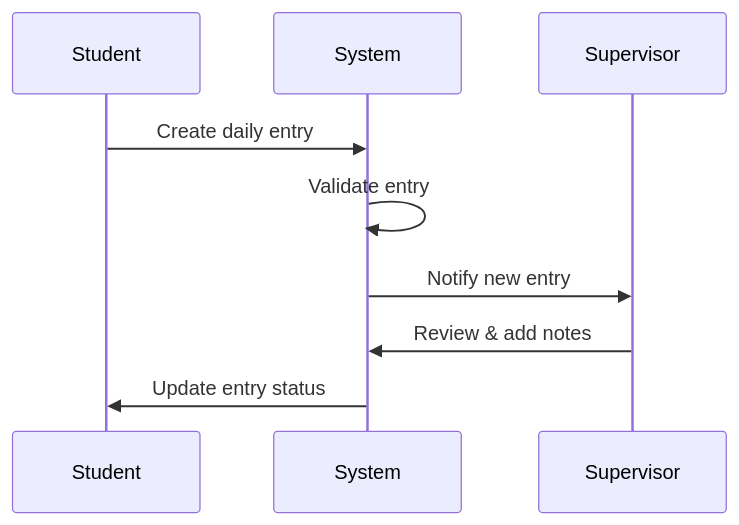
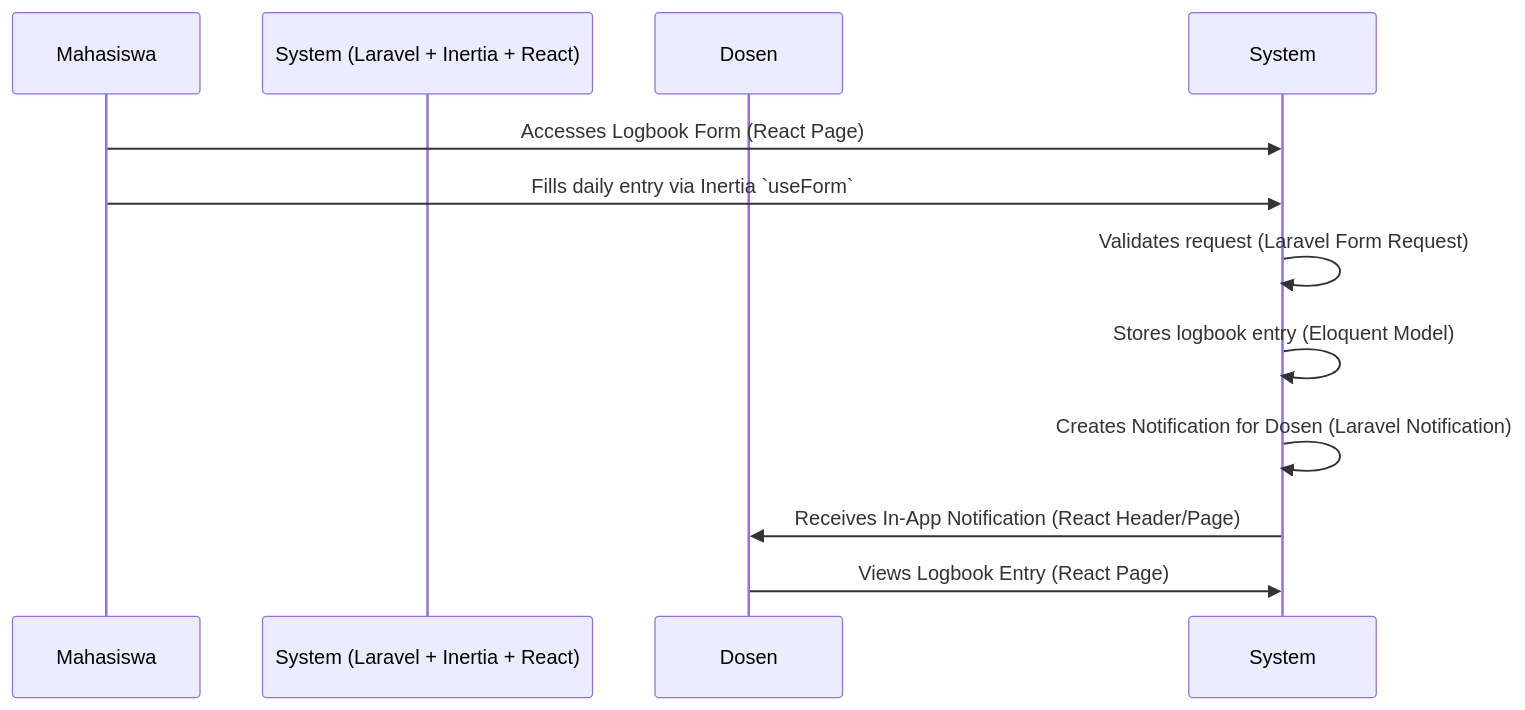
Before and after one commit to NeddyAP/manajemen-magang: the second of 3 diagrams in memory-bank/systemPatterns.md, drawn with Mermaid. The commit also changed other lines of this file and 5 other files, not shown here.

````diff
--- a/memory-bank/systemPatterns.md
+++ b/memory-bank/systemPatterns.md
@@ -30,12 +30,15 @@
 ```mermaid
 sequenceDiagram
-    participant Student
-    participant System
-    participant Supervisor
+    participant Mahasiswa
+    participant System (Laravel + Inertia + React)
+    participant Dosen
 
-    Student->>System: Create daily entry
-    System->>System: Validate entry
-    System->>Supervisor: Notify new entry
-    Supervisor->>System: Review & add notes
-    System->>Student: Update entry status
+    Mahasiswa->>System: Accesses Logbook Form (React Page)
+    Mahasiswa->>System: Fills daily entry via Inertia `useForm`
+    System->>System: Validates request (Laravel Form Request)
+    System->>System: Stores logbook entry (Eloquent Model)
+    System->>System: Creates Notification for Dosen (Laravel Notification)
+    System->>Dosen: Receives In-App Notification (React Header/Page)
+    Dosen->>System: Views Logbook Entry (React Page)
+    %% Dosen->>System: Adds Feedback (Future Enhancement)
 ```
````
